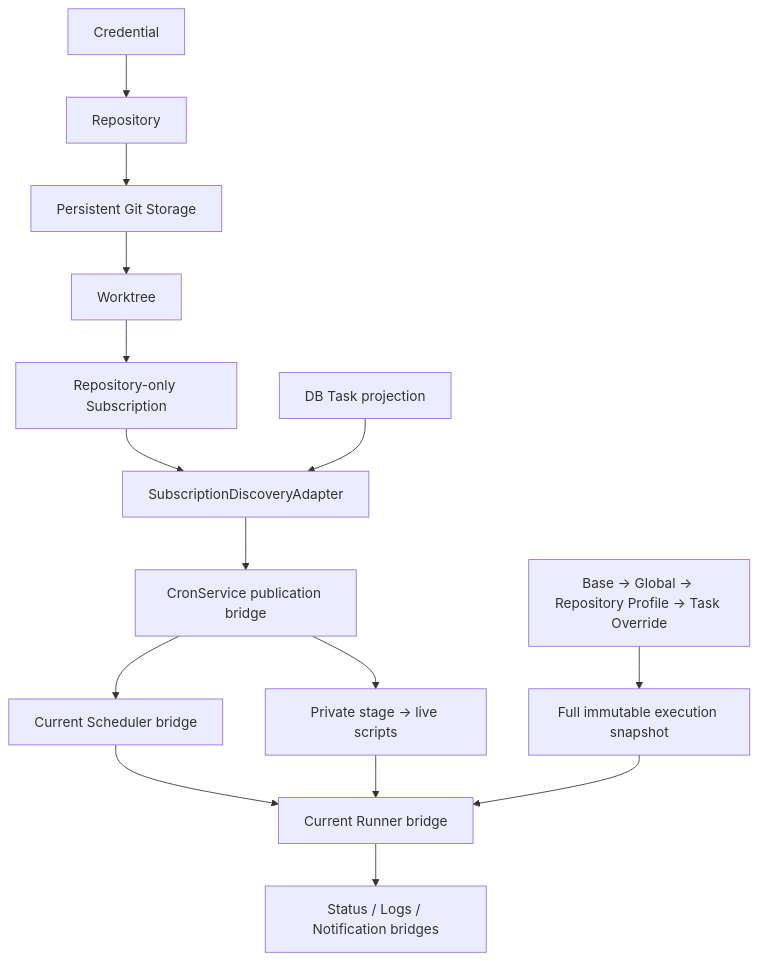
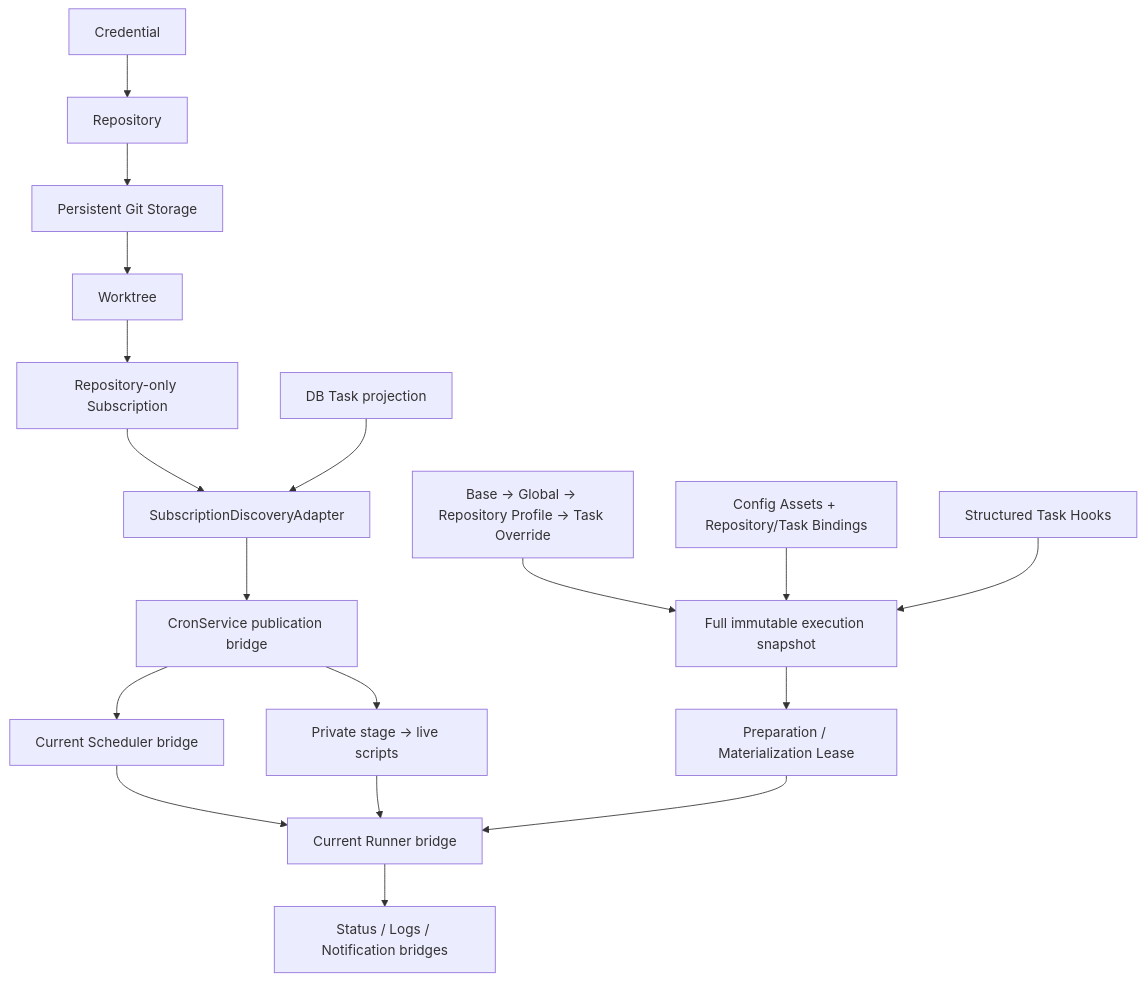
One commit to anysoft/qinglong changed the diagram in docs/architecture/00-platform-overview.md. Above: the diagram before and after it, drawn with Mermaid. The commit also changed other lines of this file and 194 other files, not shown here.

Commit message:
feat: phase 5 config assets and hooks v2

````diff
--- a/docs/architecture/00-platform-overview.md
+++ b/docs/architecture/00-platform-overview.md
@@ -7,17 +7,20 @@
 ```mermaid
 flowchart TD
  C[Credential] --> R[Repository]
  R --> G[Persistent Git Storage]
  G --> W[Worktree]
  W --> S[Repository-only Subscription]
  S --> D[SubscriptionDiscoveryAdapter]
  DB[DB Task projection] --> D
  D --> P[CronService publication bridge]
  P --> ST[Private stage → live scripts]
  P --> SC[Current Scheduler bridge]
  SC --> RUN[Current Runner bridge]
  ST --> RUN
  ENV[Base → Global → Repository Profile → Task Override] --> SN[Full immutable execution snapshot]
- SN --> RUN
+ ASSET[Config Assets + Repository/Task Bindings] --> SN
+ HOOK[Structured Task Hooks] --> SN
+ SN --> PREP[Preparation / Materialization Lease]
+ PREP --> RUN
  RUN --> LOG[Status / Logs / Notification bridges]
 ```
````
